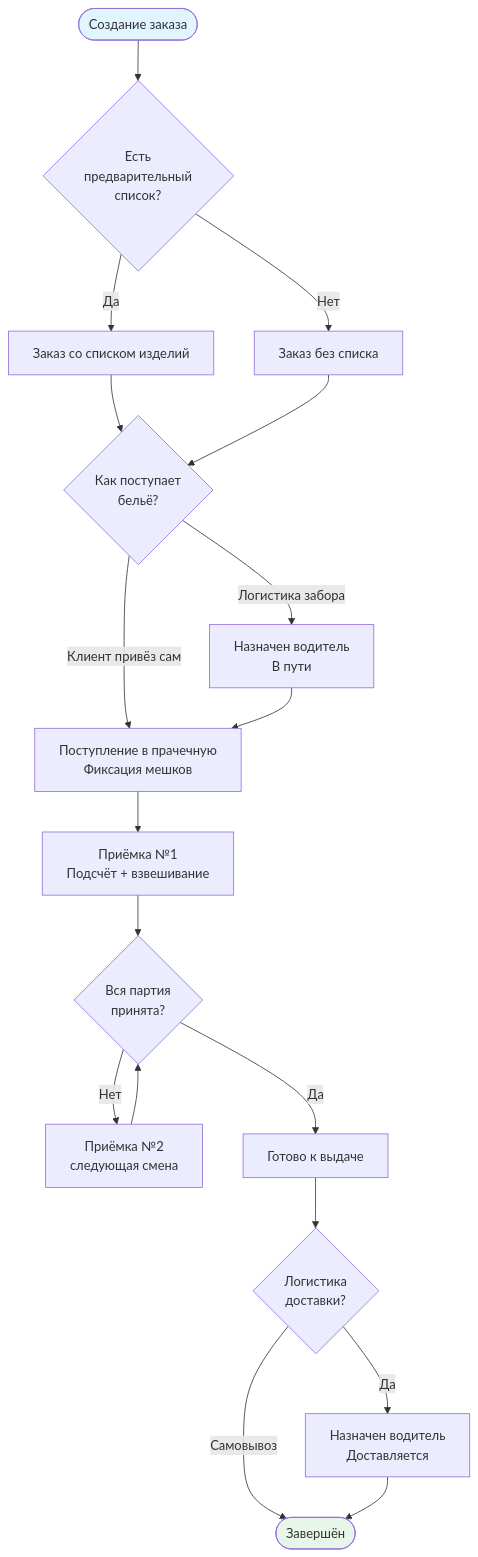
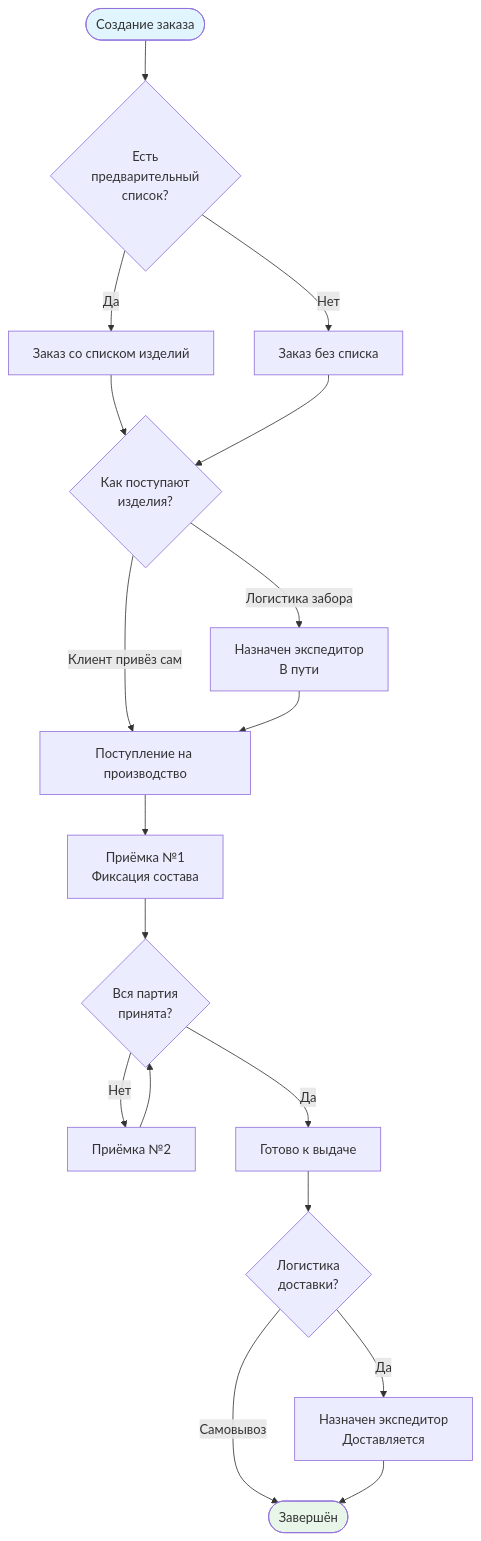
Before and after one commit to dmitry30/PROFLAUNDRY: the second of 2 diagrams in docs/business/order.md, drawn with Mermaid. The commit also changed other lines of this file and 5 other files, not shown here.

````diff
--- a/docs/business/order.md
+++ b/docs/business/order.md
@@ -68,26 +68,26 @@
 ```mermaid
 flowchart TD
     CREATE([Создание заказа]) --> HAS_LIST{Есть\nпредварительный\nсписок?}
     HAS_LIST -->|Да| WITH_LIST[Заказ со списком изделий]
     HAS_LIST -->|Нет| NO_LIST[Заказ без списка]
     WITH_LIST & NO_LIST --> PICKUP
 
-    PICKUP{Как поступает\nбельё?}
-    PICKUP -->|Логистика забора| LOG1[Назначен водитель\nВ пути]
+    PICKUP{Как поступают\nизделия?}
+    PICKUP -->|Логистика забора| LOG1[Назначен экспедитор\nВ пути]
     PICKUP -->|Клиент привёз сам| ARRIVE
-    LOG1 --> ARRIVE[Поступление в прачечную\nФиксация мешков]
+    LOG1 --> ARRIVE[Поступление на производство]
 
-    ARRIVE --> REC[Приёмка №1\nПодсчёт + взвешивание]
+    ARRIVE --> REC[Приёмка №1\nФиксация состава]
     REC --> MORE{Вся партия\nпринята?}
-    MORE -->|Нет| REC2[Приёмка №2\nследующая смена]
+    MORE -->|Нет| REC2[Приёмка №2]
     REC2 --> MORE
     MORE -->|Да| READY[Готово к выдаче]
 
     READY --> DELIVER{Логистика\nдоставки?}
-    DELIVER -->|Да| LOG2[Назначен водитель\nДоставляется]
+    DELIVER -->|Да| LOG2[Назначен экспедитор\nДоставляется]
     DELIVER -->|Самовывоз| DONE
     LOG2 --> DONE([Завершён])
 
     style CREATE fill:#e1f5fe
     style DONE fill:#e8f5e9
 ```
````
